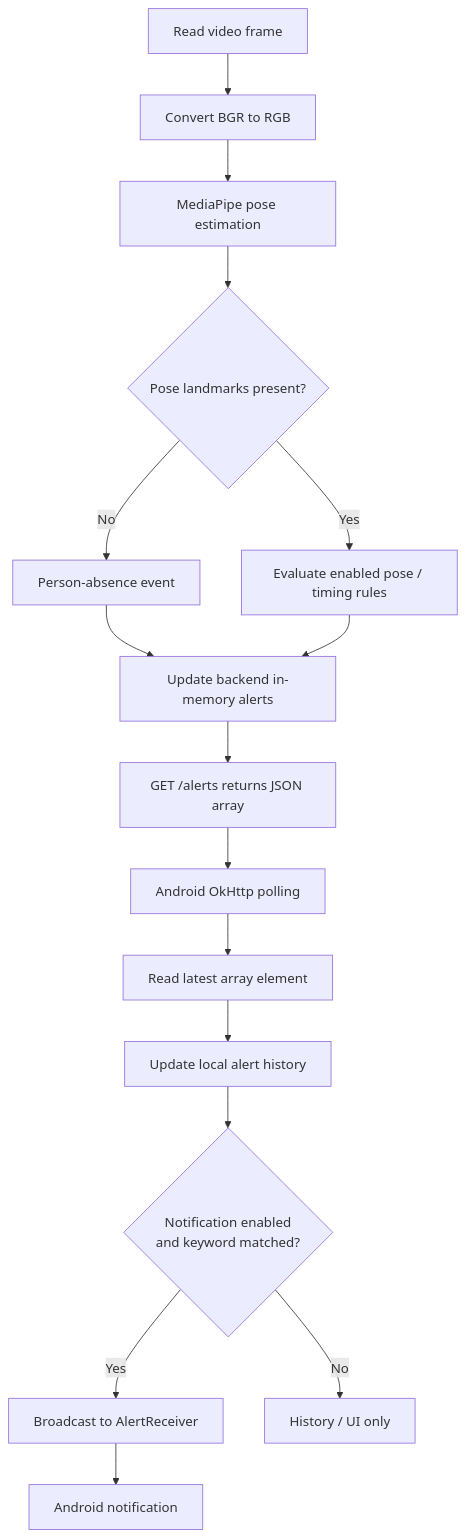
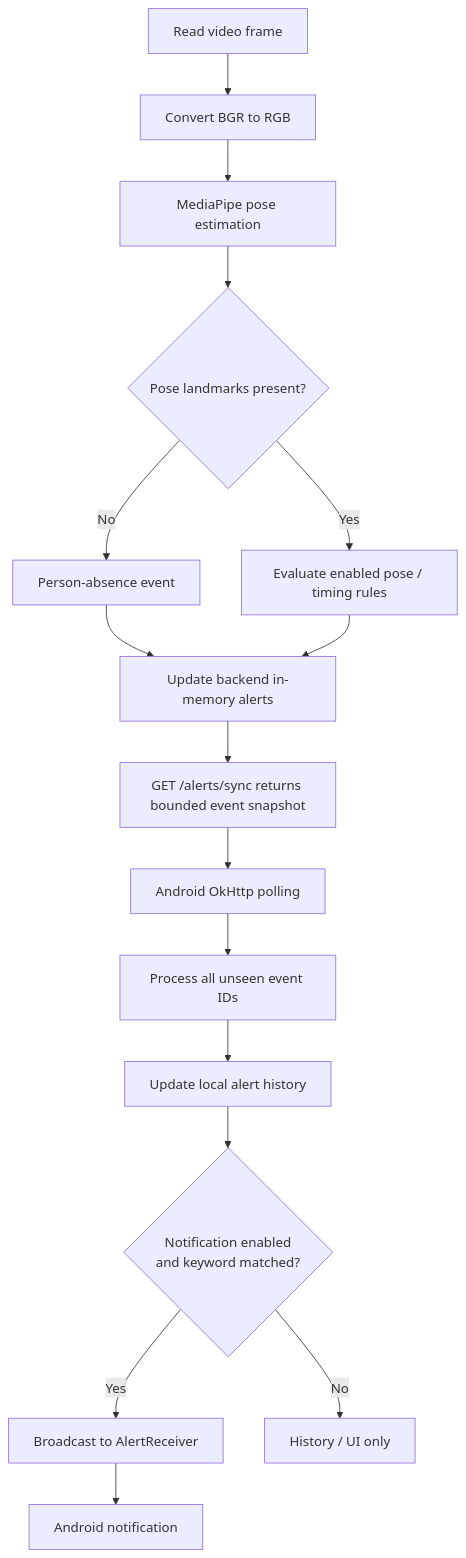
One commit to HoiChunWat/Real-Time-Human-Activity-Monitoring changed the second of 3 diagrams in README.md. Above: the diagram before and after it, drawn with Mermaid. The commit also changed other lines of this file and 6 other files, not shown here.

````diff
--- a/README.md
+++ b/README.md
@@ -61,18 +61,18 @@
 ```mermaid
 flowchart TD
     A["Read video frame"] --> B["Convert BGR to RGB"]
     B --> C["MediaPipe pose estimation"]
     C --> D{"Pose landmarks present?"}
     D -->|No| E["Person-absence event"]
     D -->|Yes| F["Evaluate enabled pose / timing rules"]
     E --> G["Update backend in-memory alerts"]
     F --> G
-    G --> H["GET /alerts returns JSON array"]
+    G --> H["GET /alerts/sync returns bounded event snapshot"]
     H --> I["Android OkHttp polling"]
-    I --> J["Read latest array element"]
+    I --> J["Process all unseen event IDs"]
     J --> K["Update local alert history"]
     K --> L{"Notification enabled<br/>and keyword matched?"}
     L -->|Yes| M["Broadcast to AlertReceiver"]
     M --> N["Android notification"]
     L -->|No| O["History / UI only"]
 ```
````
